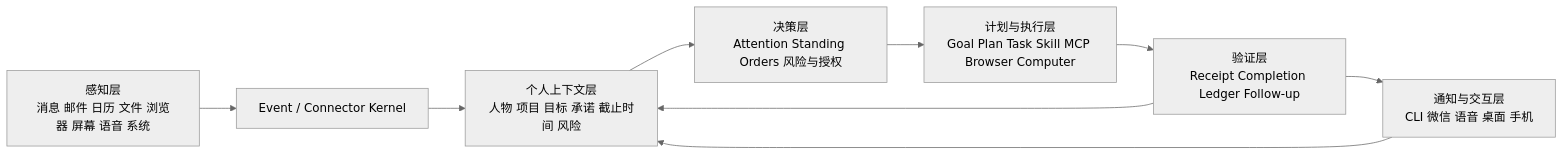
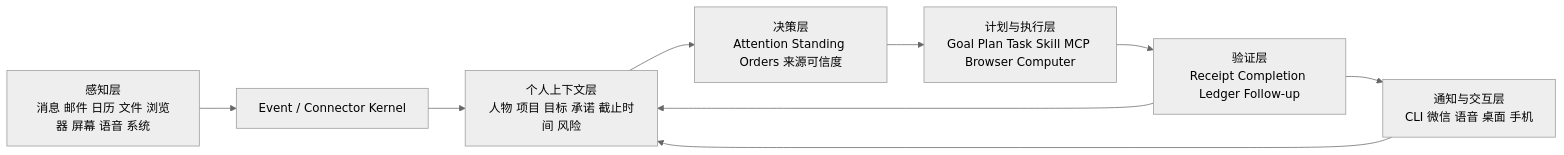
One commit to Kickflip73/MimiAgent changed the diagram in docs/plans/20260727-MimiAgent-个人贾维斯建设蓝图.md. Above: the diagram before and after it, drawn with Mermaid (neutral theme). The commit also changed other lines of this file and 58 other files, not shown here.

````diff
--- a/docs/plans/20260727-MimiAgent-个人贾维斯建设蓝图.md
+++ b/docs/plans/20260727-MimiAgent-个人贾维斯建设蓝图.md
@@ -114,11 +112,11 @@
 ```mermaid
 flowchart LR
     A["感知层<br/>消息 邮件 日历 文件 浏览器 屏幕 语音 系统"] --> B["Event / Connector Kernel"]
     B --> C["个人上下文层<br/>人物 项目 目标 承诺 截止时间 风险"]
-    C --> D["决策层<br/>Attention Standing Orders 风险与授权"]
+    C --> D["决策层<br/>Attention Standing Orders 来源可信度"]
     D --> E["计划与执行层<br/>Goal Plan Task Skill MCP Browser Computer"]
     E --> F["验证层<br/>Receipt Completion Ledger Follow-up"]
     F --> G["通知与交互层<br/>CLI 微信 语音 桌面 手机"]
     F --> C
     G --> C
 ```
````
